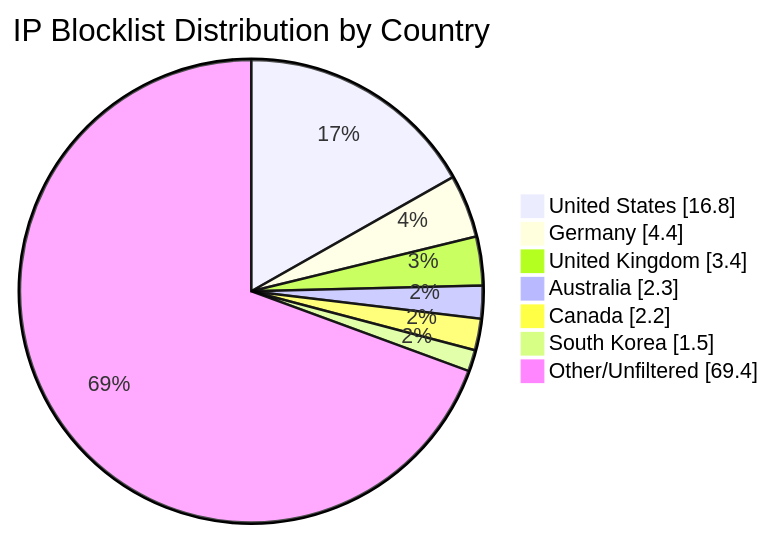
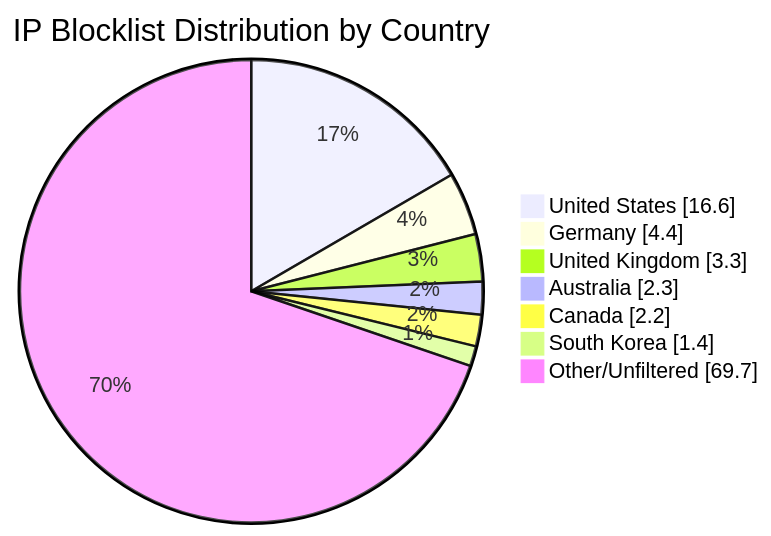
One commit to MarcusHoltz/ipblocklist-geofiltered-aggregator changed the diagram in README.md. Above: the diagram before and after it, drawn with Mermaid. The commit also changed other lines of this file and 9 other files, not shown here.

````diff
--- a/README.md
+++ b/README.md
@@ -34,10 +34,10 @@
 ```mermaid
 pie showData title IP Blocklist Distribution by Country
-"United States" : 16.8
+"United States" : 16.6
 "Germany" : 4.4
-"United Kingdom" : 3.4
+"United Kingdom" : 3.3
 "Australia" : 2.3
 "Canada" : 2.2
-"South Korea" : 1.5
-"Other/Unfiltered" : 69.4
+"South Korea" : 1.4
+"Other/Unfiltered" : 69.7
 ```
````
